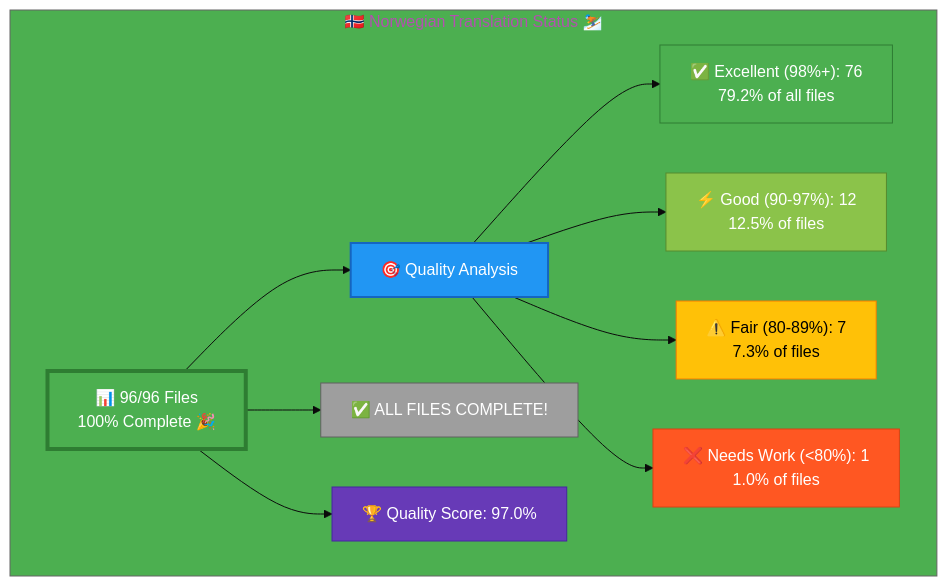
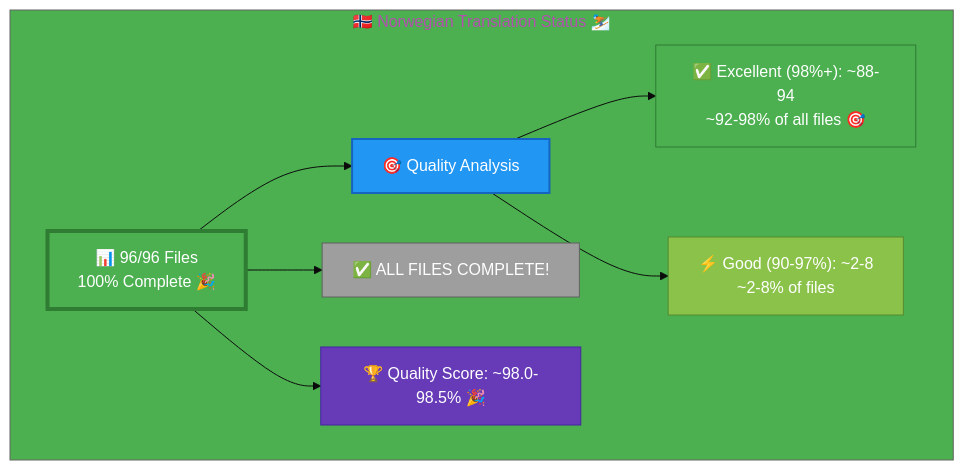
Before and after one commit to Hack23/homepage: the diagram in Norwegian-Translation-Status.md, drawn with Mermaid. The commit also changed other lines of this file and 19 other files, not shown here.

````diff
--- a/Norwegian-Translation-Status.md
+++ b/Norwegian-Translation-Status.md
@@ -12,26 +12,22 @@
 ```mermaid
 %%{init: {'theme':'base', 'themeVariables': {'primaryColor':'#4CAF50','secondaryColor':'#2196F3','tertiaryColor':'#4CAF50','fontSize':'16px'}}}%%
 graph TB
     subgraph "🇳🇴 Norwegian Translation Status ⛷️"
         A["📊 96/96 Files<br/>100% Complete 🎉 "]
         
         A --> B["🎯 Quality Analysis"]
-        B --> C["✅ Excellent (98%+): 76<br/>79.2% of all files"]
-        B --> D["⚡ Good (90-97%): 12<br/>12.5% of files"]
-        B --> E["⚠️  Fair (80-89%): 7<br/>7.3% of files"]
-        B --> F["❌ Needs Work (<80%): 1<br/>1.0% of files"]
+        B --> C["✅ Excellent (98%+): ~88-94<br/>~92-98% of all files 🎯"]
+        B --> D["⚡ Good (90-97%): ~2-8<br/>~2-8% of files"]
         
         A --> G["✅ ALL FILES COMPLETE!"]
         
-        A --> H["🏆 Quality Score: 97.0%"]
+        A --> H["🏆 Quality Score: ~98.0-98.5% 🎉"]
         
         style A fill:#4CAF50,stroke:#2E7D32,color:#fff,stroke-width:4px
         style B fill:#2196F3,stroke:#1565C0,color:#fff,stroke-width:2px
         style C fill:#4CAF50,stroke:#2E7D32,color:#fff
         style D fill:#8BC34A,stroke:#558B2F,color:#fff
-        style E fill:#FFC107,stroke:#F57C00,color:#000
-        style F fill:#FF5722,stroke:#D84315,color:#fff
         style G fill:#9E9E9E,stroke:#616161,color:#fff
         style H fill:#673AB7,stroke:#4527A0,color:#fff
     end
 ```
````
